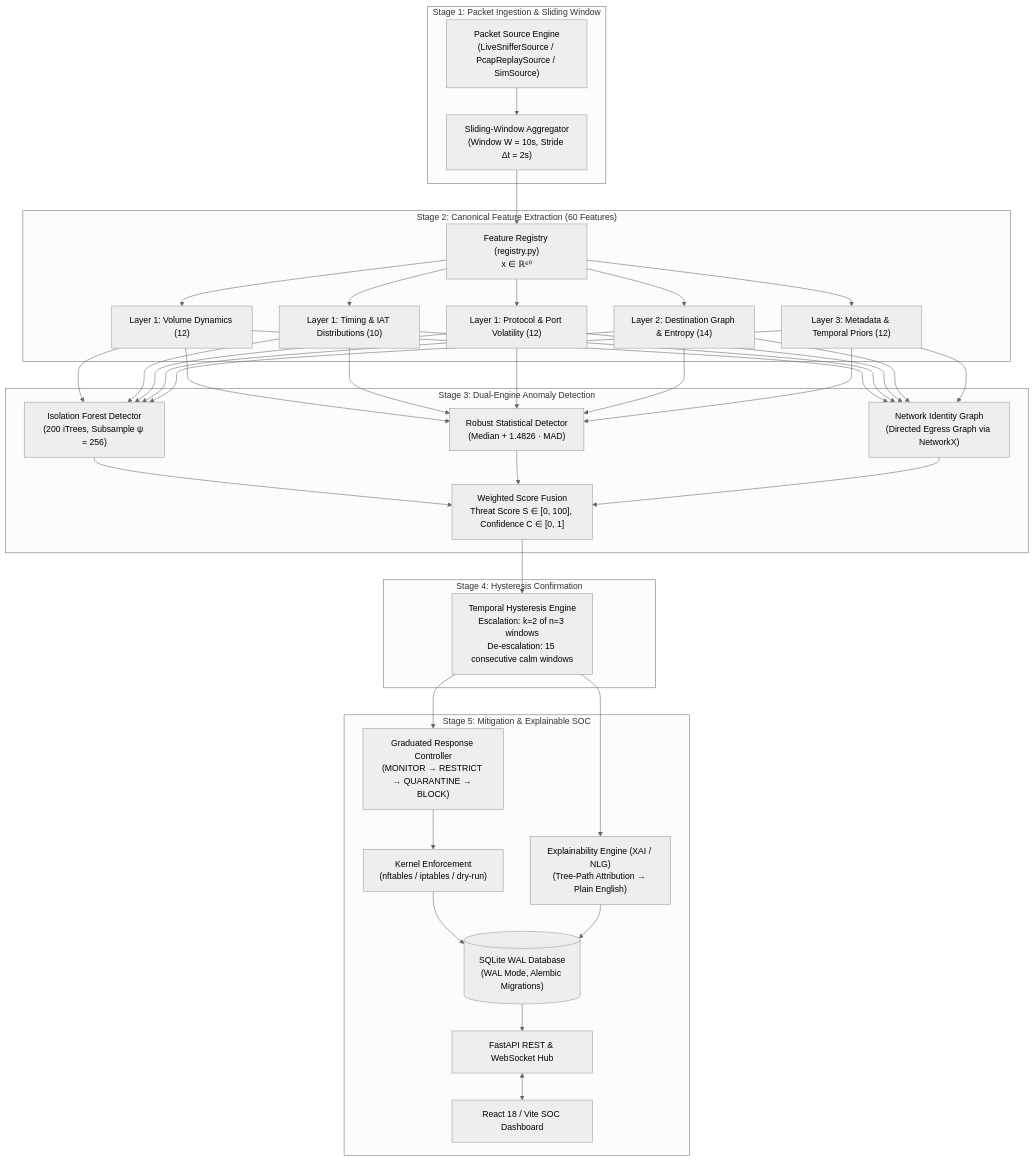
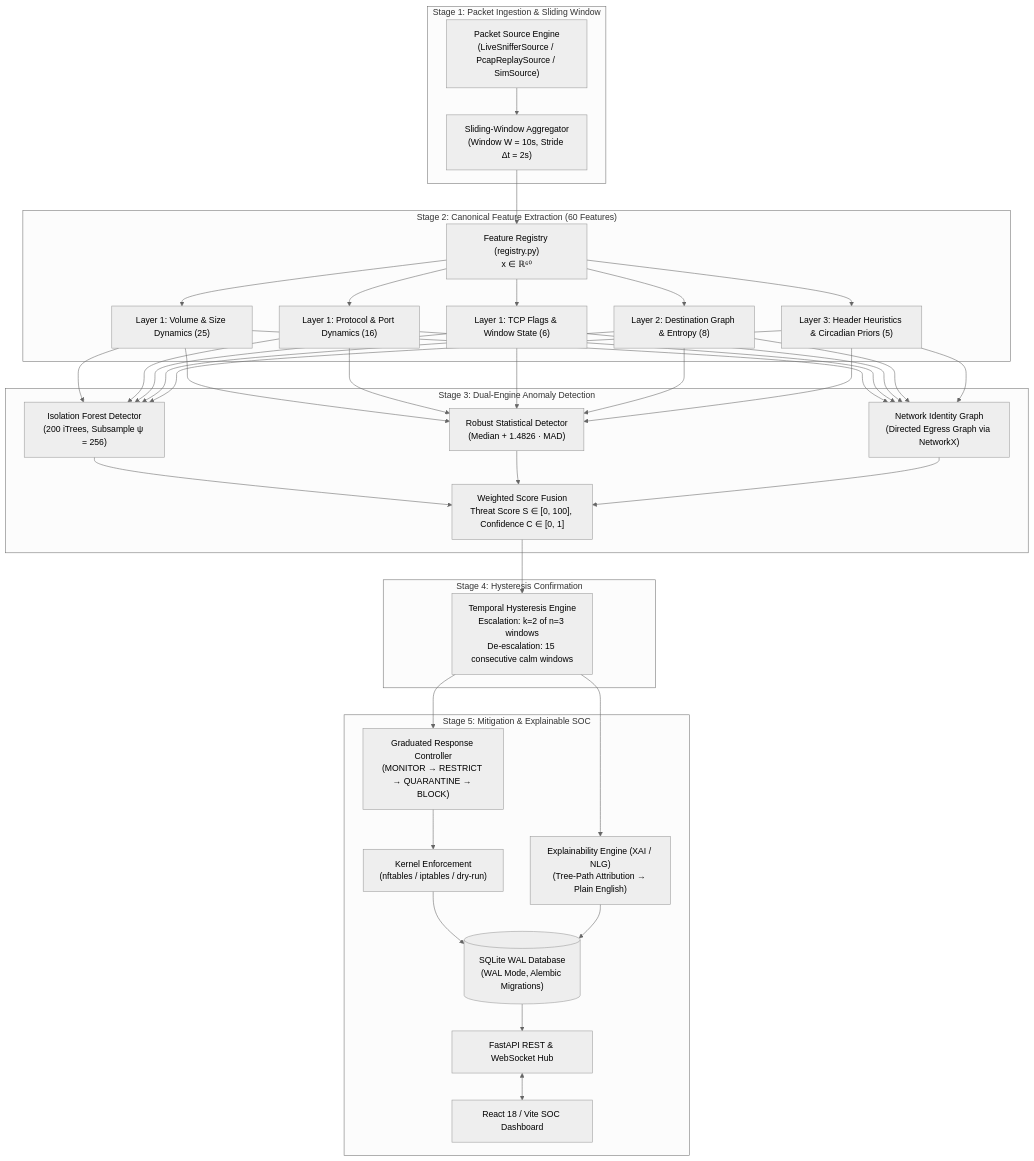
One commit to lumidren/Guardian changed the first of 6 diagrams in README.md. Above: the diagram before and after it, drawn with Mermaid (neutral theme). The commit also changed other lines of this file, not shown here.

````diff
--- a/README.md
+++ b/README.md
@@ -40,43 +43,43 @@
 ```mermaid
 flowchart TD
     subgraph S1["Stage 1: Packet Ingestion & Sliding Window"]
         SRC["Packet Source Engine\n(LiveSnifferSource / PcapReplaySource / SimSource)"]
         WIN["Sliding-Window Aggregator\n(Window W = 10s, Stride Δt = 2s)"]
     end
 
     subgraph S2["Stage 2: Canonical Feature Extraction (60 Features)"]
         REG["Feature Registry (registry.py)\nx ∈ ℝ⁶⁰"]
-        L1_VOL["Layer 1: Volume Dynamics (12)"]
-        L1_TIM["Layer 1: Timing & IAT Distributions (10)"]
-        L1_PRO["Layer 1: Protocol & Port Volatility (12)"]
-        L2_NET["Layer 2: Destination Graph & Entropy (14)"]
-        L3_APP["Layer 3: Metadata & Temporal Priors (12)"]
+        L1_VOL["Layer 1: Volume & Size Dynamics (25)"]
+        L1_TIM["Layer 1: Protocol & Port Dynamics (16)"]
+        L1_PRO["Layer 1: TCP Flags & Window State (6)"]
+        L2_NET["Layer 2: Destination Graph & Entropy (8)"]
+        L3_APP["Layer 3: Header Heuristics & Circadian Priors (5)"]
     end
 
     subgraph S3["Stage 3: Dual-Engine Anomaly Detection"]
         IFOREST["Isolation Forest Detector\n(200 iTrees, Subsample ψ = 256)"]
         ROBUSTZ["Robust Statistical Detector\n(Median + 1.4826 · MAD)"]
         NETGRAPH["Network Identity Graph\n(Directed Egress Graph via NetworkX)"]
         FUSION["Weighted Score Fusion\nThreat Score S ∈ [0, 100], Confidence C ∈ [0, 1]"]
     end
 
     subgraph S4["Stage 4: Hysteresis Confirmation"]
         HYST["Temporal Hysteresis Engine\nEscalation: k=2 of n=3 windows\nDe-escalation: 15 consecutive calm windows"]
     end
 
     subgraph S5["Stage 5: Mitigation & Explainable SOC"]
         RESP["Graduated Response Controller\n(MONITOR → RESTRICT → QUARANTINE → BLOCK)"]
         NFT["Kernel Enforcement\n(nftables / iptables / dry-run)"]
         XAI["Explainability Engine (XAI / NLG)\n(Tree-Path Attribution → Plain English)"]
         DB[("SQLite WAL Database\n(WAL Mode, Alembic Migrations)")]
         API["FastAPI REST & WebSocket Hub"]
         DASH["React 18 / Vite SOC Dashboard"]
     end
 
     SRC --> WIN --> REG
     REG --> L1_VOL & L1_TIM & L1_PRO & L2_NET & L3_APP
     L1_VOL & L1_TIM & L1_PRO & L2_NET & L3_APP --> IFOREST & ROBUSTZ & NETGRAPH
     IFOREST & ROBUSTZ & NETGRAPH --> FUSION --> HYST --> RESP & XAI
     RESP --> NFT --> DB
     XAI --> DB --> API <--> DASH
 ```
````
